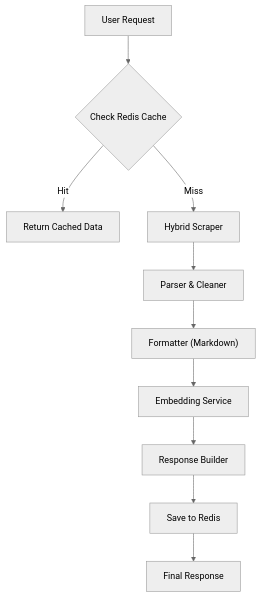
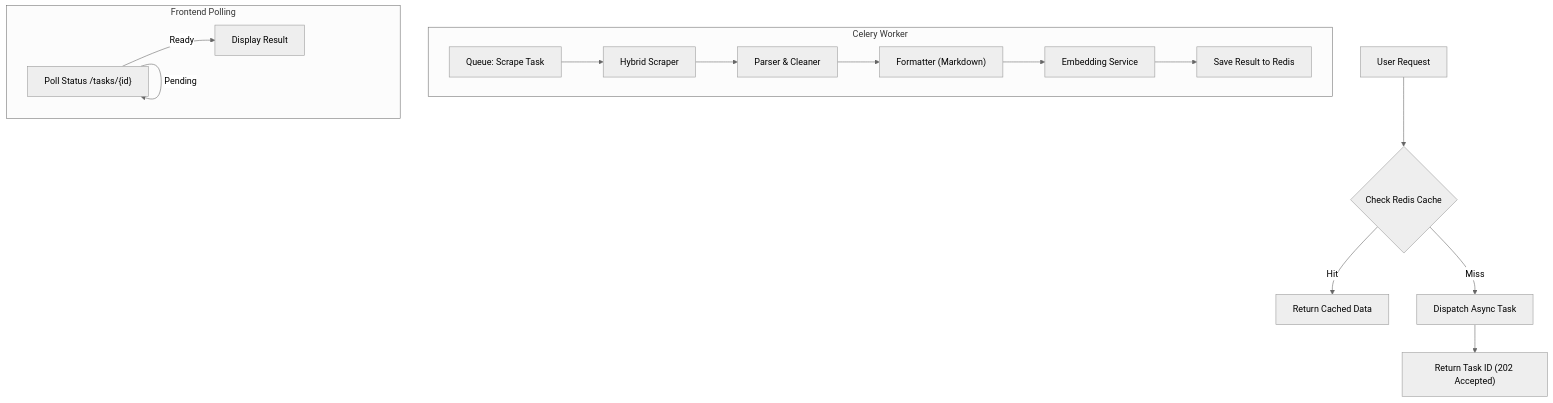
The diagram in README.md (hassan-khan-web/flux-serp-gateway), drawn with Mermaid (neutral theme) before and after one commit. The commit also changed other lines of this file and 10 other files, not shown here.

````diff
--- a/README.md
+++ b/README.md
@@ -48,12 +38,20 @@
 ```mermaid
 graph TD
     A["User Request"] --> B{"Check Redis Cache"}
     B -- Hit --> C["Return Cached Data"]
-    B -- Miss --> D["Hybrid Scraper"]
-    D --> E["Parser & Cleaner"]
-    E --> F["Formatter (Markdown)"]
-    F --> G["Embedding Service"]
-    G --> H["Response Builder"]
-    H --> I["Save to Redis"]
-    I --> J["Final Response"]
+    B -- Miss --> D["Dispatch Async Task"]
+    D --> E["Return Task ID (202 Accepted)"]
+    
+    subgraph "Celery Worker"
+        F["Queue: Scrape Task"] --> G["Hybrid Scraper"]
+        G --> H["Parser & Cleaner"]
+        H --> I["Formatter (Markdown)"]
+        I --> J["Embedding Service"]
+        J --> K["Save Result to Redis"]
+    end
+
+    subgraph "Frontend Polling"
+        L["Poll Status /tasks/{id}"] -- Ready --> M["Display Result"]
+        L -- Pending --> L
+    end
 ```
````
